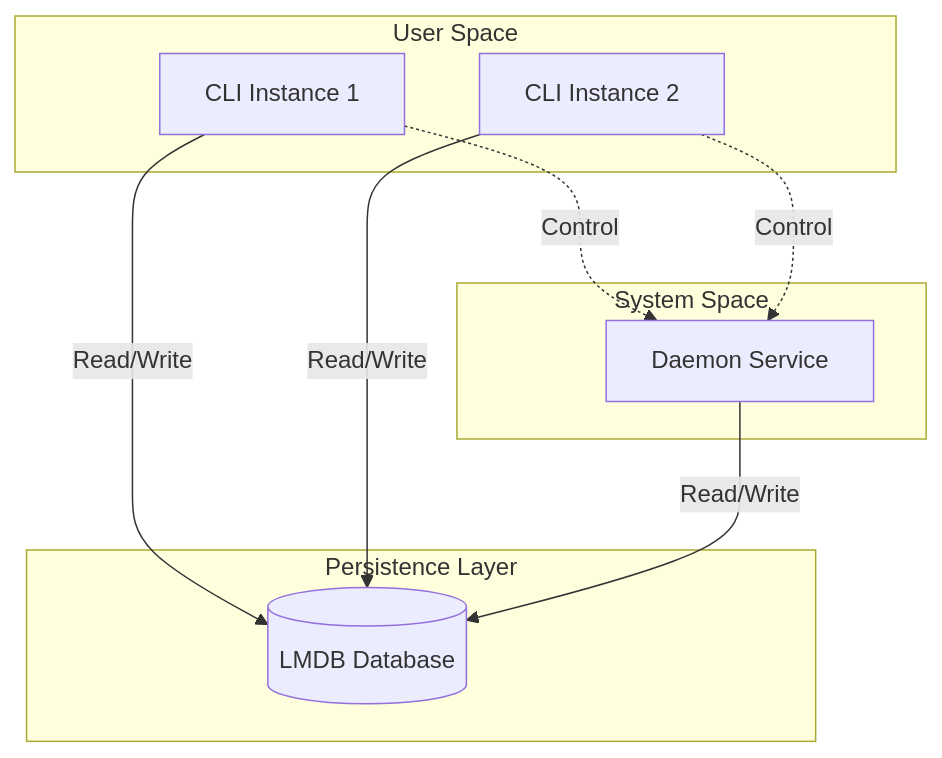
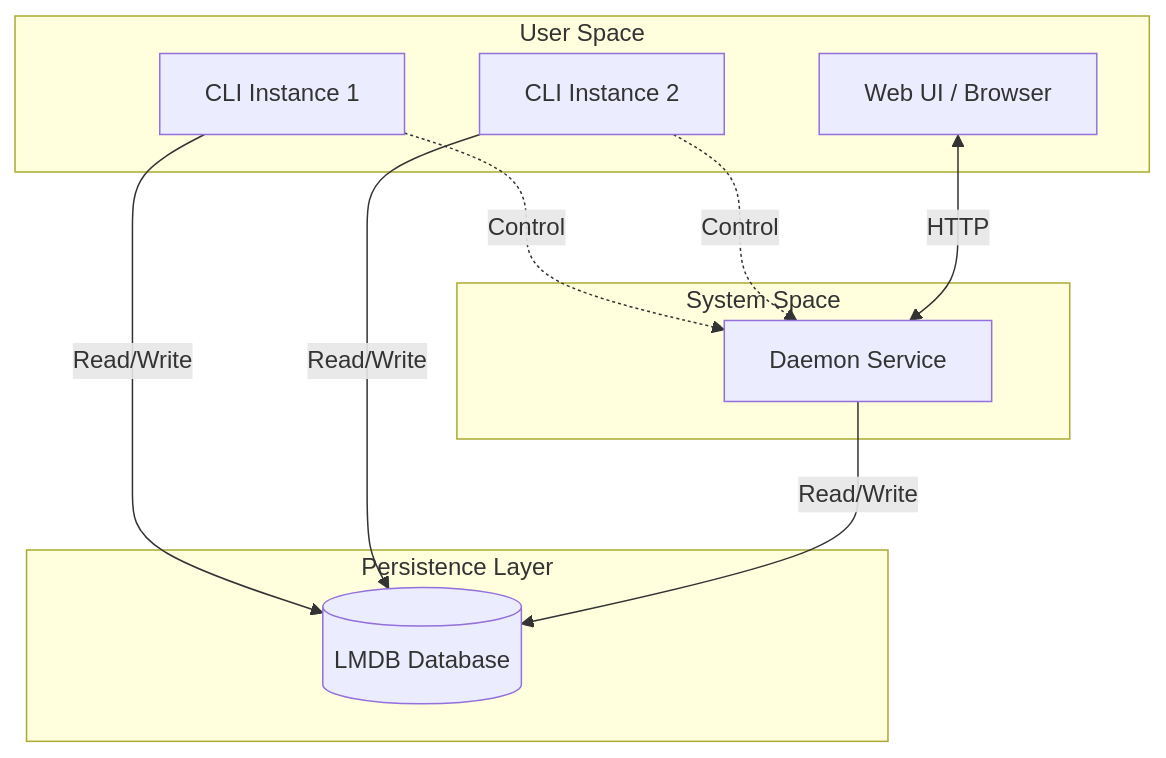
Before and after one commit to Data-Corruption/sprout: the diagram in docs/ARCHITECTURE.md, drawn with Mermaid. The commit also changed 5 other files, not shown here.

Commit message:
docs: updated readme and improved wsl install flow

````diff
--- a/docs/ARCHITECTURE.md
+++ b/docs/ARCHITECTURE.md
@@ -16,22 +16,24 @@
 ```mermaid
 graph TD
     subgraph "User Space"
         CLI_1[CLI Instance 1]
         CLI_2[CLI Instance 2]
+        WebUI[Web UI / Browser]
     end
 
     subgraph "System Space"
         Daemon[Daemon Service]
     end
 
     subgraph "Persistence Layer"
         LMDB[(LMDB Database)]
     end
 
     CLI_1 -->|Read/Write| LMDB
     CLI_2 -->|Read/Write| LMDB
     Daemon -->|Read/Write| LMDB
 
     CLI_1 -.->|Control| Daemon
     CLI_2 -.->|Control| Daemon
+    WebUI <-->|HTTP| Daemon
 ```
````
